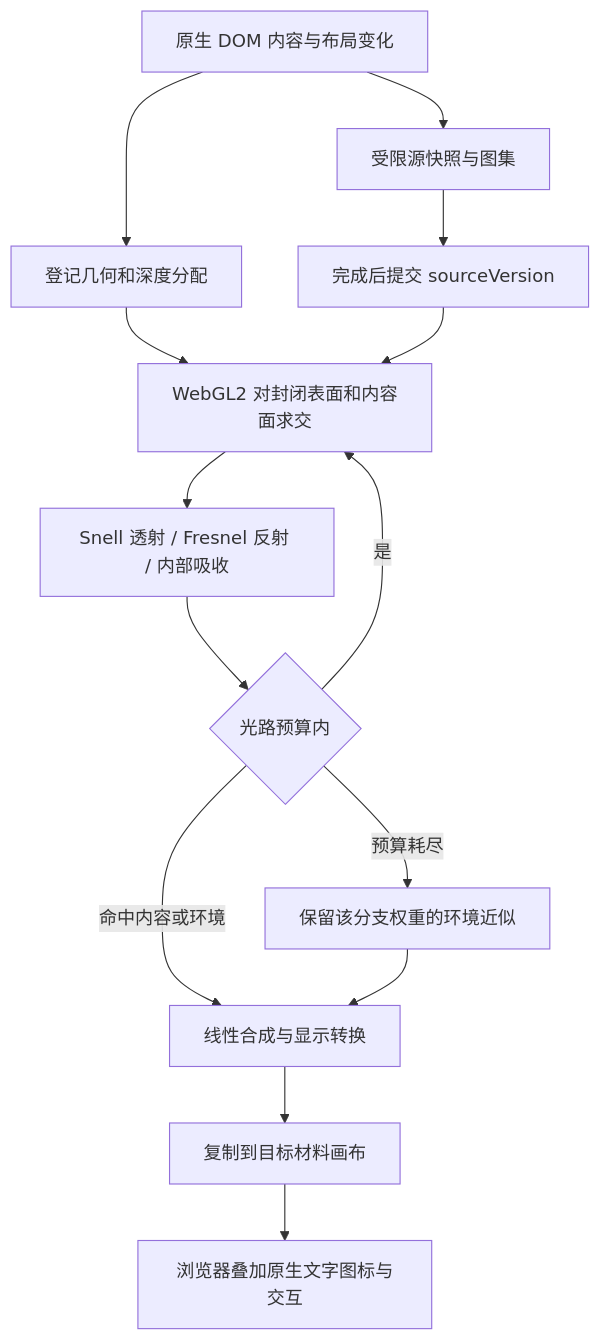
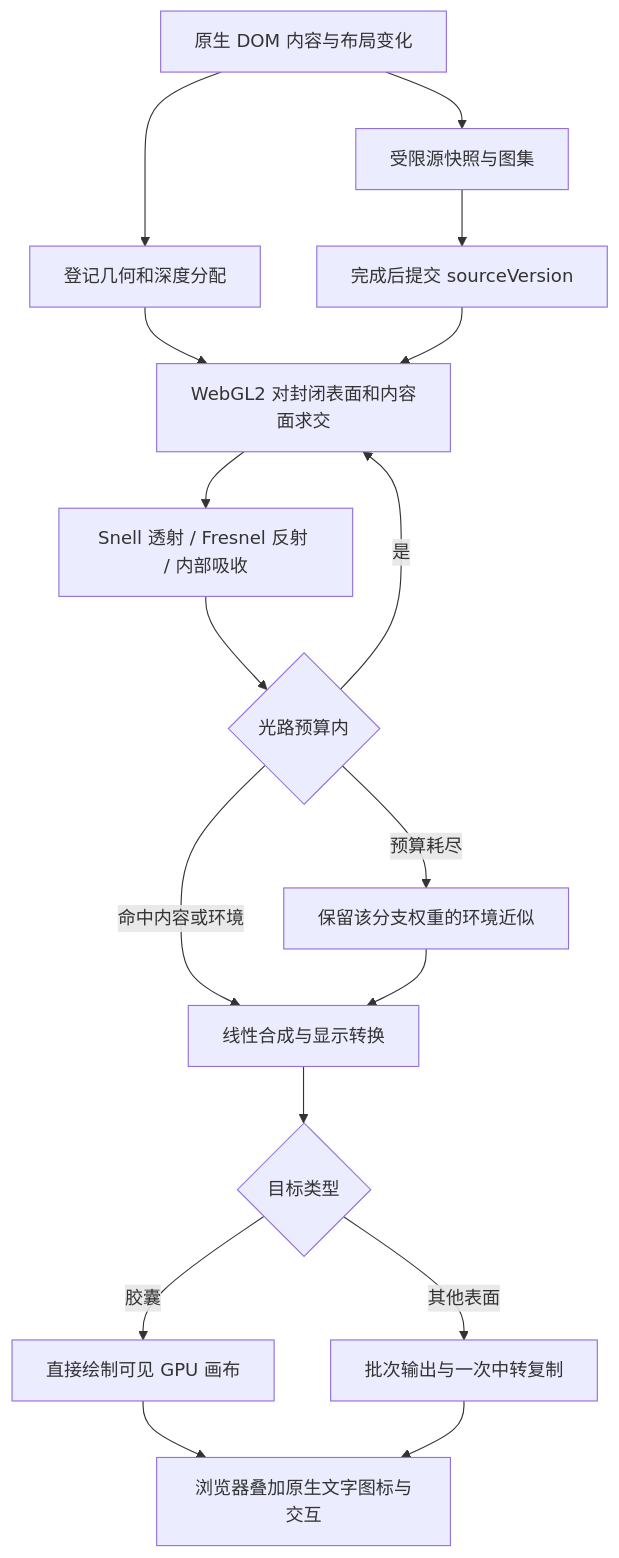
Before and after one commit to shiro123444/Qingzhou: the diagram in docs/development/liquid-glass.md, drawn with Mermaid. The commit also changed other lines of this file and 16 other files, not shown here.

````diff
--- a/docs/development/liquid-glass.md
+++ b/docs/development/liquid-glass.md
@@ -131,16 +132,19 @@
 ```mermaid
 flowchart TD
   A[原生 DOM 内容与布局变化] --> B[受限源快照与图集]
   A --> C[登记几何和深度分配]
   B --> D[完成后提交 sourceVersion]
   C --> E[WebGL2 对封闭表面和内容面求交]
   D --> E
   E --> F[Snell 透射 / Fresnel 反射 / 内部吸收]
   F --> G{光路预算内}
   G -->|是| E
   G -->|命中内容或环境| H[线性合成与显示转换]
   G -->|预算耗尽| I[保留该分支权重的环境近似]
   I --> H
-  H --> J[复制到目标材料画布]
-  J --> K[浏览器叠加原生文字图标与交互]
+  H --> J{目标类型}
+  J -->|胶囊| L[直接绘制可见 GPU 画布]
+  J -->|其他表面| M[批次输出与一次中转复制]
+  L --> K[浏览器叠加原生文字图标与交互]
+  M --> K
 ```
````
